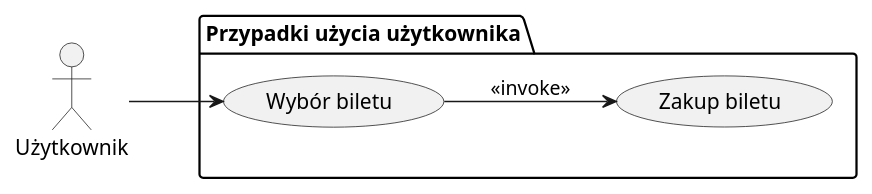
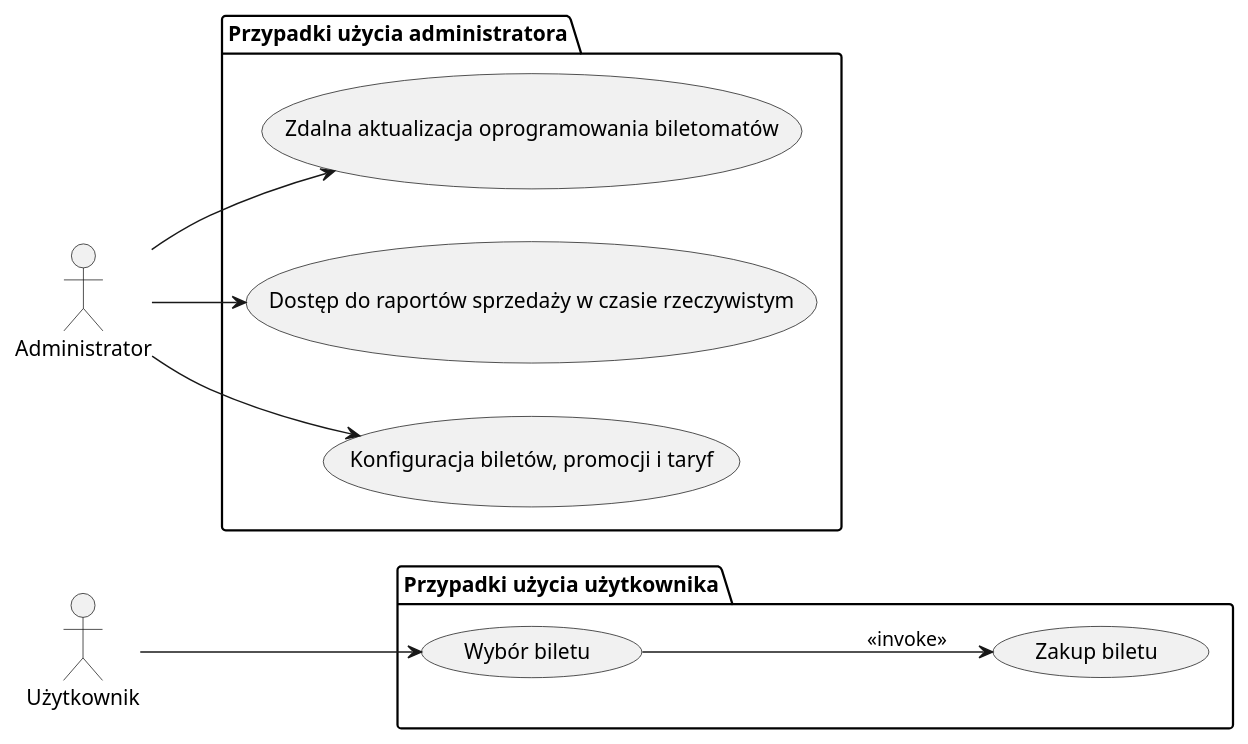
The diagram in UseCase.md (ArionStudio/MWO-ZTM-BA), drawn with PlantUML before and after one commit.

```diff
--- a/UseCase.md
+++ b/UseCase.md
@@ -1,15 +1,26 @@
 @startuml
 
 left to right direction
 
 actor Użytkownik as User
+actor Administrator as Admin
 
 package "Przypadki użycia użytkownika" {
     usecase "Wybór biletu" as UC1
     usecase "Zakup biletu" as UC2
 }
 
+package "Przypadki użycia administratora" {
+    usecase "Zdalna aktualizacja oprogramowania biletomatów" as AC1
+    usecase "Dostęp do raportów sprzedaży w czasie rzeczywistym" as AC2
+    usecase "Konfiguracja biletów, promocji i taryf" as AC3
+}
+
 User --> UC1
 UC1 --> UC2 : <<invoke>>
 
+Admin --> AC1
+Admin --> AC2
+Admin --> AC3
+
 @enduml
```
